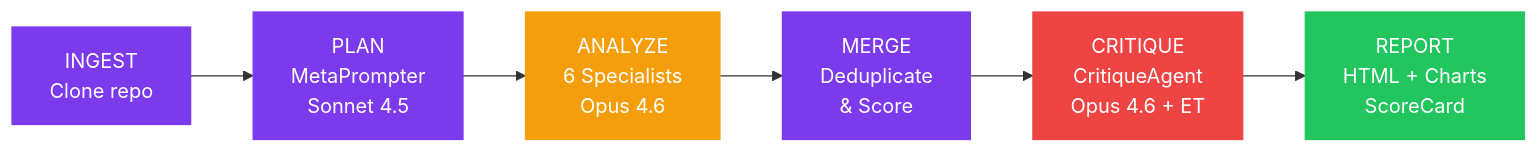
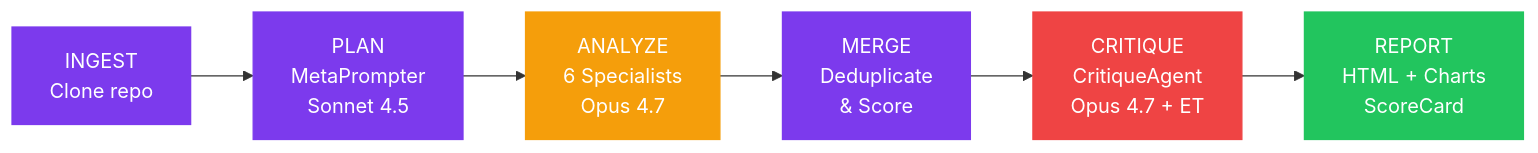
One commit to leocder07/spectra changed the first of 3 diagrams in README.md. Above: the diagram before and after it, drawn with Mermaid. The commit also changed other lines of this file and 3 other files, not shown here.

````diff
--- a/README.md
+++ b/README.md
@@ -74,15 +77,15 @@
 ```mermaid
 graph LR
     A[INGEST<br/>Clone repo] --> B[PLAN<br/>MetaPrompter<br/>Sonnet 4.5]
-    B --> C[ANALYZE<br/>6 Specialists<br/>Opus 4.6]
+    B --> C[ANALYZE<br/>6 Specialists<br/>Opus 4.7]
     C --> D[MERGE<br/>Deduplicate<br/>& Score]
-    D --> E[CRITIQUE<br/>CritiqueAgent<br/>Opus 4.6 + ET]
+    D --> E[CRITIQUE<br/>CritiqueAgent<br/>Opus 4.7 + ET]
     E --> F[REPORT<br/>HTML + Charts<br/>ScoreCard]
 
     style A fill:#7C3AED,stroke:#7C3AED,color:#fff
     style B fill:#7C3AED,stroke:#7C3AED,color:#fff
     style C fill:#F59E0B,stroke:#F59E0B,color:#fff
     style D fill:#7C3AED,stroke:#7C3AED,color:#fff
     style E fill:#EF4444,stroke:#EF4444,color:#fff
     style F fill:#22C55E,stroke:#22C55E,color:#fff
 ```
````
